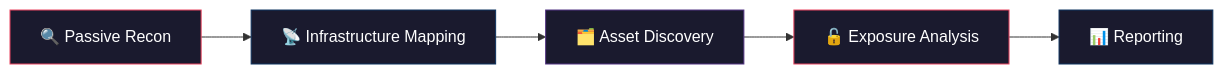
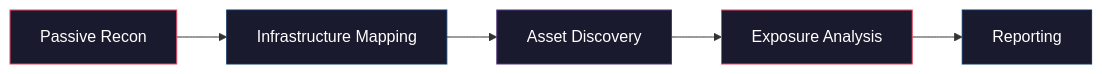
The diagram in README.md (7WaySecurity/cloud_osint), drawn with Mermaid before and after one commit.

Commit message:
Update Cloud OSINT methodology diagram formatting

````diff
--- a/README.md
+++ b/README.md
@@ -73,13 +73,13 @@
 ```mermaid
-    graph LR
-      A["🔍 Passive Recon"] --> B["📡 Infrastructure Mapping"]
-      B --> C["🗂️ Asset Discovery"]
-      C --> D["🔓 Exposure Analysis"]
-      D --> E["📊 Reporting"]
+graph LR
+    A[Passive Recon] --> B[Infrastructure Mapping]
+    B --> C[Asset Discovery]
+    C --> D[Exposure Analysis]
+    D --> E[Reporting]
 
-        style A fill:#1a1a2e,stroke:#e94560,color:#fff
-        style B fill:#1a1a2e,stroke:#0f3460,color:#fff
-        style C fill:#1a1a2e,stroke:#533483,color:#fff
-        style D fill:#1a1a2e,stroke:#e94560,color:#fff
-        style E fill:#1a1a2e,stroke:#0f3460,color:#fff
+    style A fill:#1a1a2e,stroke:#e94560,color:#fff
+    style B fill:#1a1a2e,stroke:#0f3460,color:#fff
+    style C fill:#1a1a2e,stroke:#533483,color:#fff
+    style D fill:#1a1a2e,stroke:#e94560,color:#fff
+    style E fill:#1a1a2e,stroke:#0f3460,color:#fff
 ```
````
